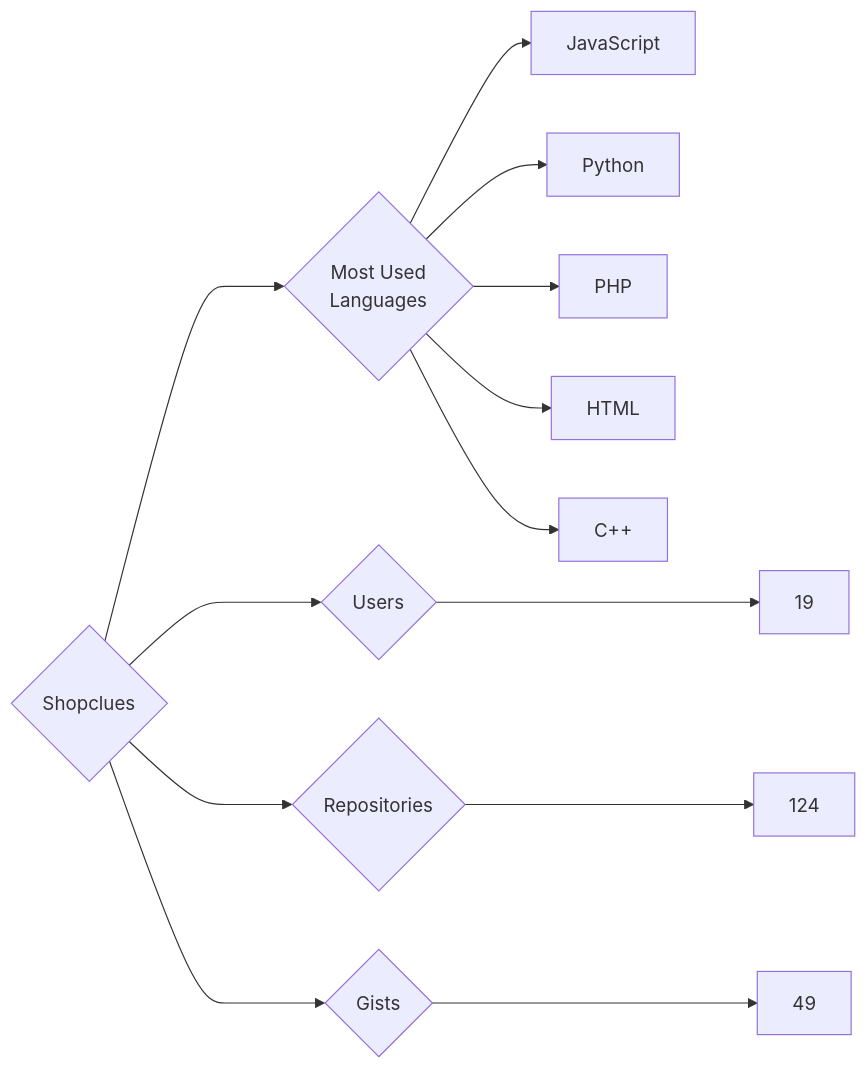
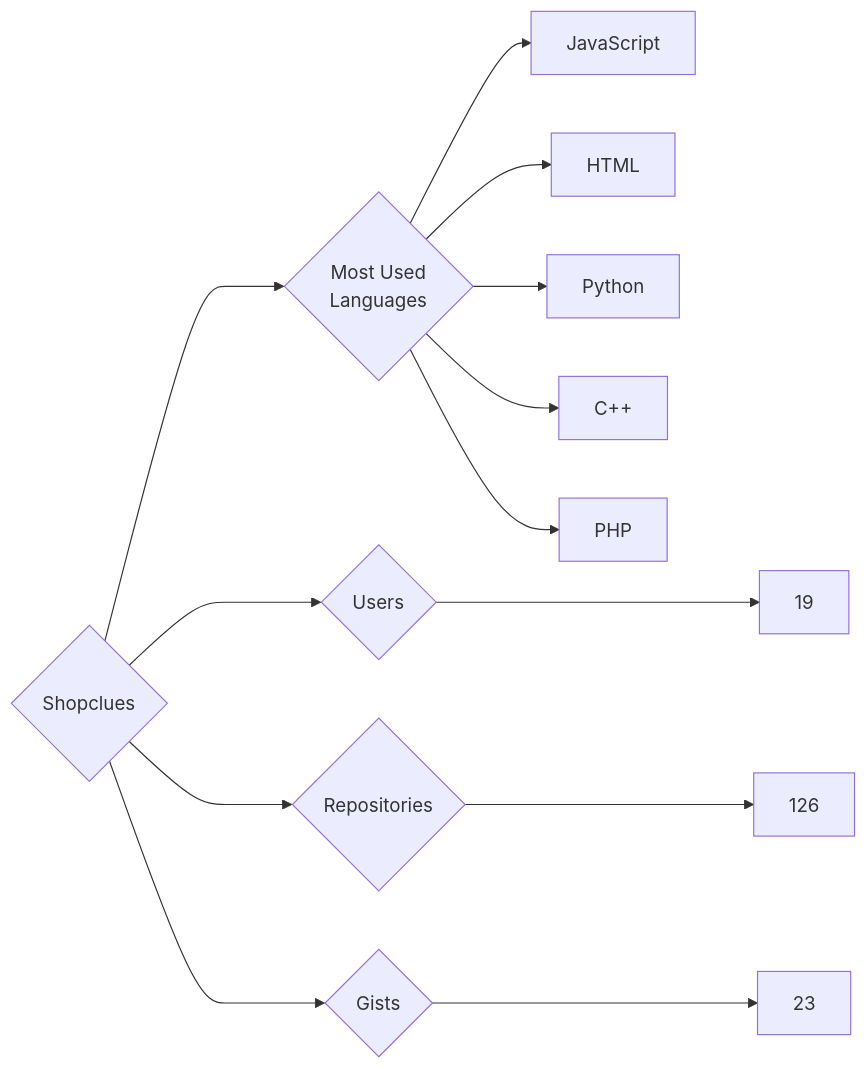
Before and after one commit to trickest/insiders: the diagram in targets/Shopclues/README.md, drawn with Mermaid. The commit also changed 964 other files, not shown here.

````diff
--- a/targets/Shopclues/README.md
+++ b/targets/Shopclues/README.md
@@ -3,13 +3,13 @@
 ```mermaid
 graph LR
 COMPANY_NAME{Shopclues}
 COMPANY_NAME ---> U{Users} ---> UN[19]
-COMPANY_NAME ---> R{Repositories} ---> RN[124]
-COMPANY_NAME ---> G{Gists} ---> GN[49]
+COMPANY_NAME ---> R{Repositories} ---> RN[126]
+COMPANY_NAME ---> G{Gists} ---> GN[23]
 COMPANY_NAME ---> ML{Most Used<br>Languages}
 ML --> JavaScript[JavaScript]
+ML --> HTML[HTML]
 ML --> Python[Python]
+ML --> C++[C++]
 ML --> PHP[PHP]
-ML --> HTML[HTML]
-ML --> C++[C++]
 ```
````
